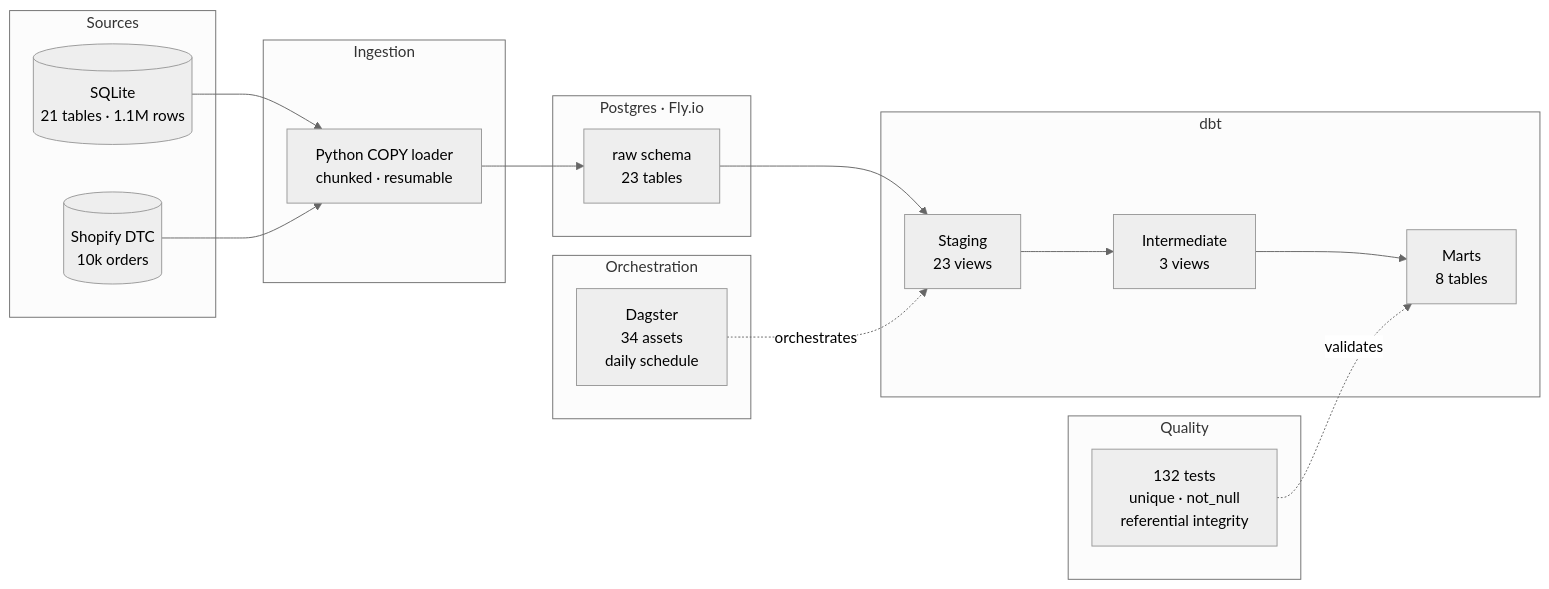
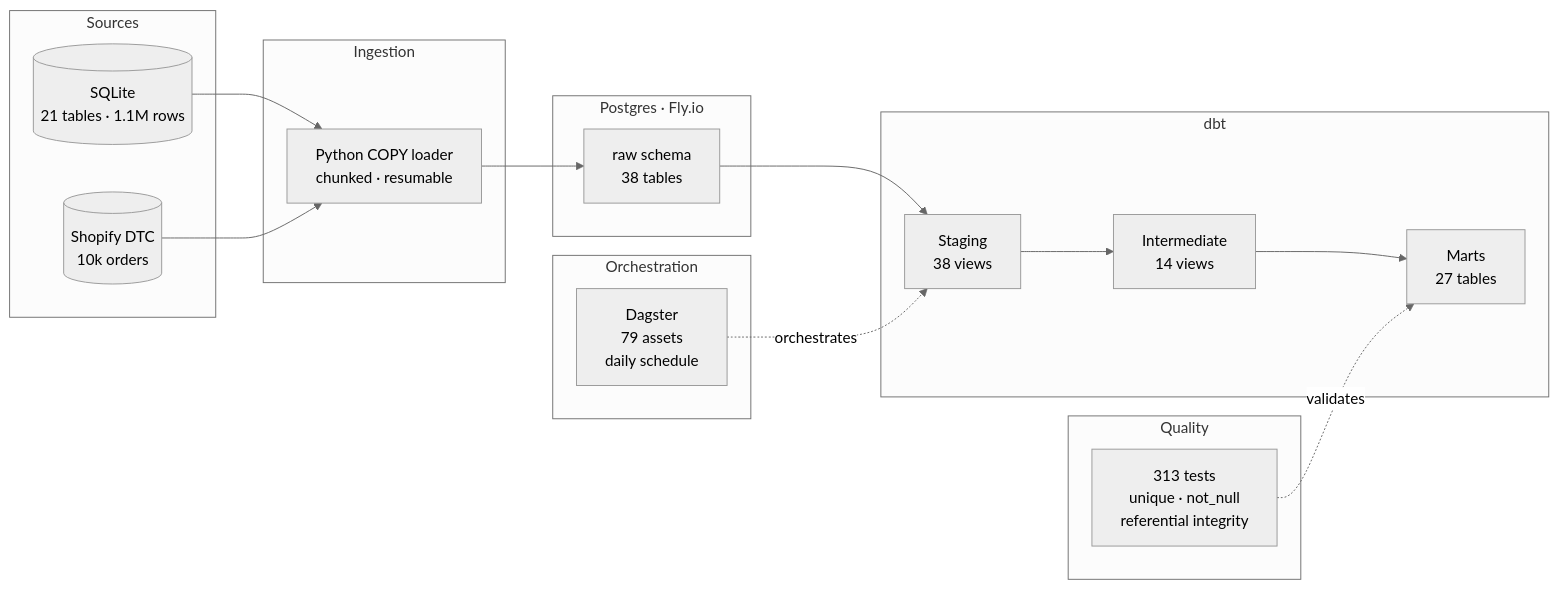
Before and after one commit to MsShawnP/cinderhaven-data-platform: the diagram in README.md, drawn with Mermaid (neutral theme). The commit also changed other lines of this file, not shown here.

````diff
--- a/README.md
+++ b/README.md
@@ -14,38 +46,38 @@
 ```mermaid
 graph LR
     subgraph Sources
         S1[("SQLite<br/>21 tables · 1.1M rows")]
         S2[("Shopify DTC<br/>10k orders")]
     end
 
     subgraph Ingestion
         I["Python COPY loader<br/>chunked · resumable"]
     end
 
     subgraph "Postgres · Fly.io"
-        R["raw schema<br/>23 tables"]
+        R["raw schema<br/>38 tables"]
     end
 
     subgraph "dbt"
-        D1["Staging<br/>23 views"]
-        D2["Intermediate<br/>3 views"]
-        D3["Marts<br/>8 tables"]
+        D1["Staging<br/>38 views"]
+        D2["Intermediate<br/>14 views"]
+        D3["Marts<br/>27 tables"]
     end
 
     subgraph Quality
-        T["132 tests<br/>unique · not_null<br/>referential integrity"]
+        T["313 tests<br/>unique · not_null<br/>referential integrity"]
     end
 
     subgraph Orchestration
-        G["Dagster<br/>34 assets<br/>daily schedule"]
+        G["Dagster<br/>79 assets<br/>daily schedule"]
     end
 
     S1 --> I
     S2 --> I
     I --> R
     R --> D1
     D1 --> D2
     D2 --> D3
     T -. "validates" .-> D3
     G -. "orchestrates" .-> D1
 ```
````
